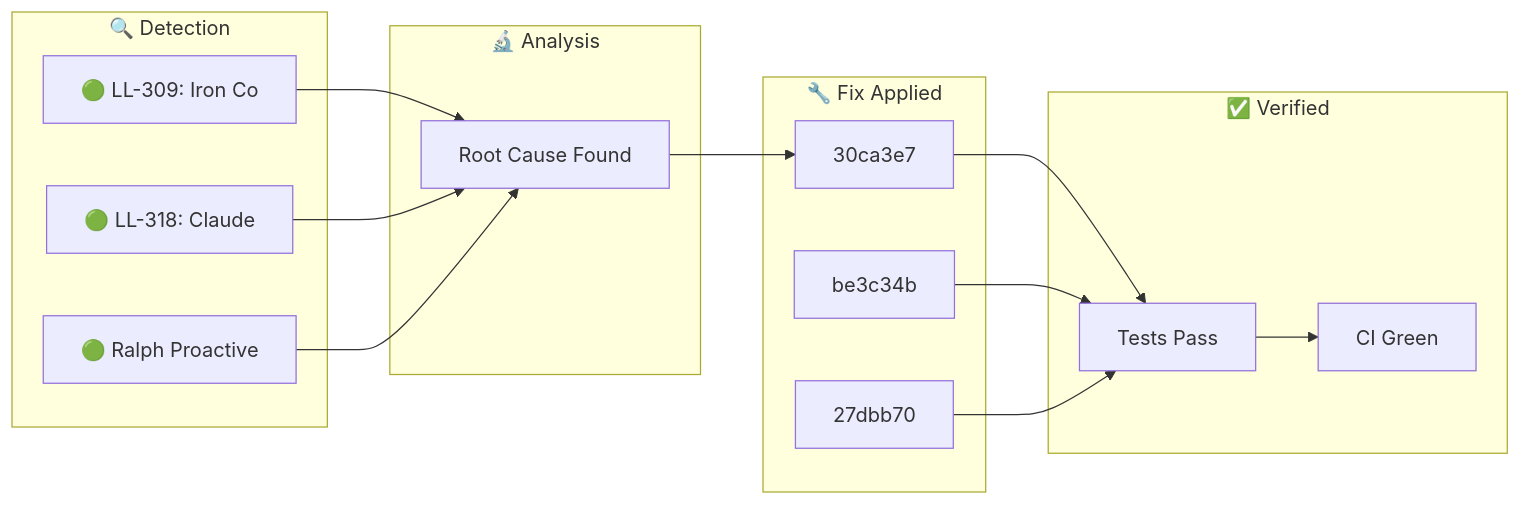
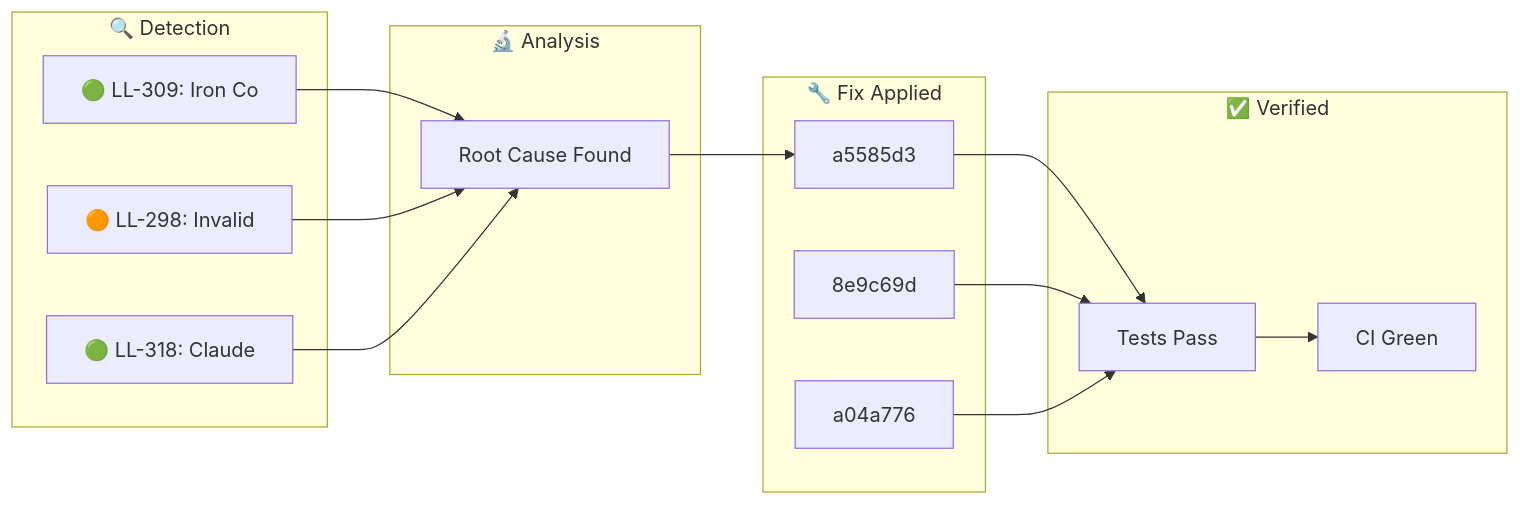
The diagram in docs/_posts/2026-01-31-ralph-discovery.md (YoByron/trading), drawn with Mermaid before and after one commit. The commit also changed other lines of this file, not shown here.

Commit message:
docs(ralph): Auto-publish discovery blog post

````diff
--- a/docs/_posts/2026-01-31-ralph-discovery.md
+++ b/docs/_posts/2026-01-31-ralph-discovery.md
@@ -17,28 +17,28 @@
 ```mermaid
 flowchart LR
     subgraph Detection["🔍 Detection"]
         D1["🟢 LL-309: Iron Co"]
-        D2["🟢 LL-318: Claude "]
-        D3["🟢 Ralph Proactive"]
+        D2["🟠 LL-298: Invalid"]
+        D3["🟢 LL-318: Claude "]
     end
     subgraph Analysis["🔬 Analysis"]
         A1["Root Cause Found"]
     end
     subgraph Fix["🔧 Fix Applied"]
-        F1["30ca3e7"]
-        F2["be3c34b"]
-        F3["27dbb70"]
+        F1["a5585d3"]
+        F2["8e9c69d"]
+        F3["a04a776"]
     end
     subgraph Verify["✅ Verified"]
         V1["Tests Pass"]
         V2["CI Green"]
     end
     D1 --> A1
     D2 --> A1
     D3 --> A1
     A1 --> F1
     F1 --> V1
     F2 --> V1
     F3 --> V1
     V1 --> V2
 ```
````
